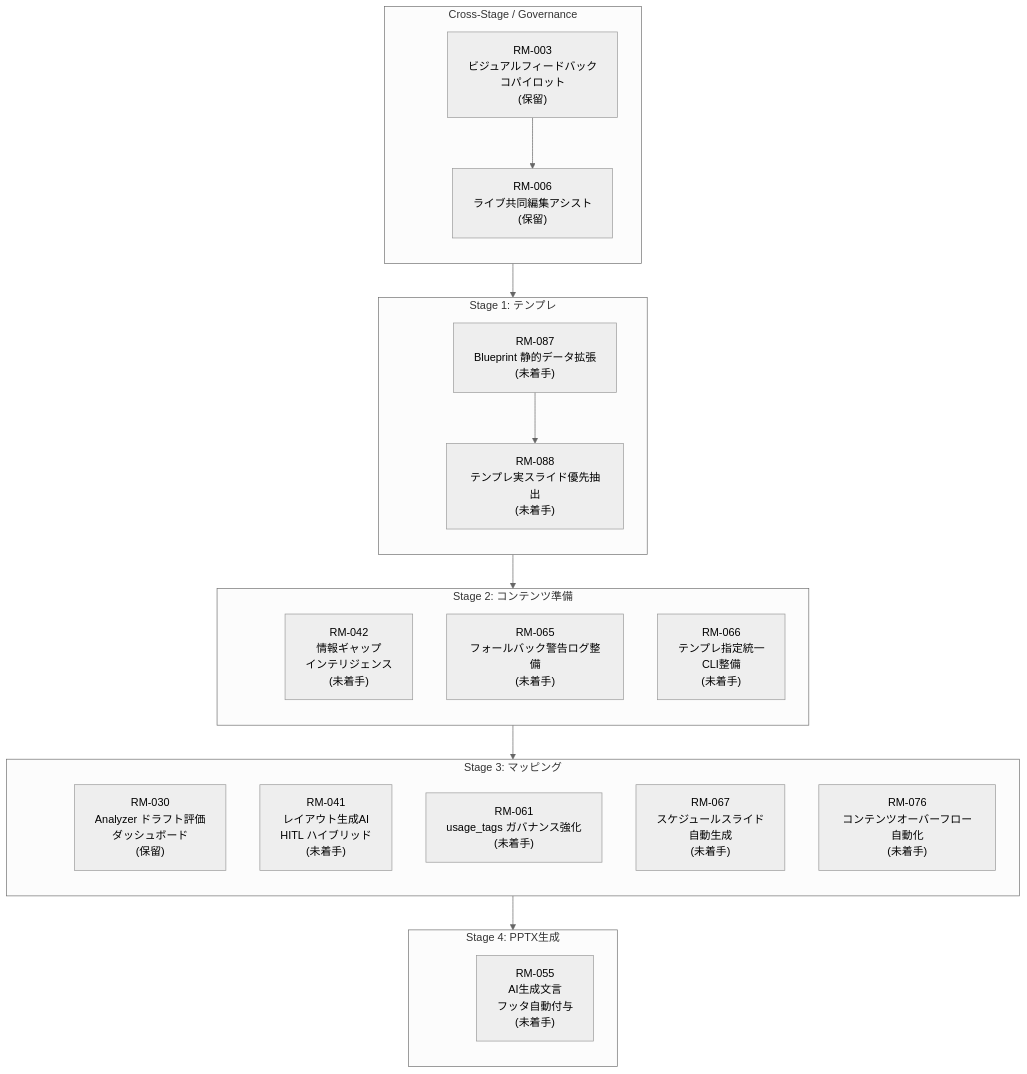
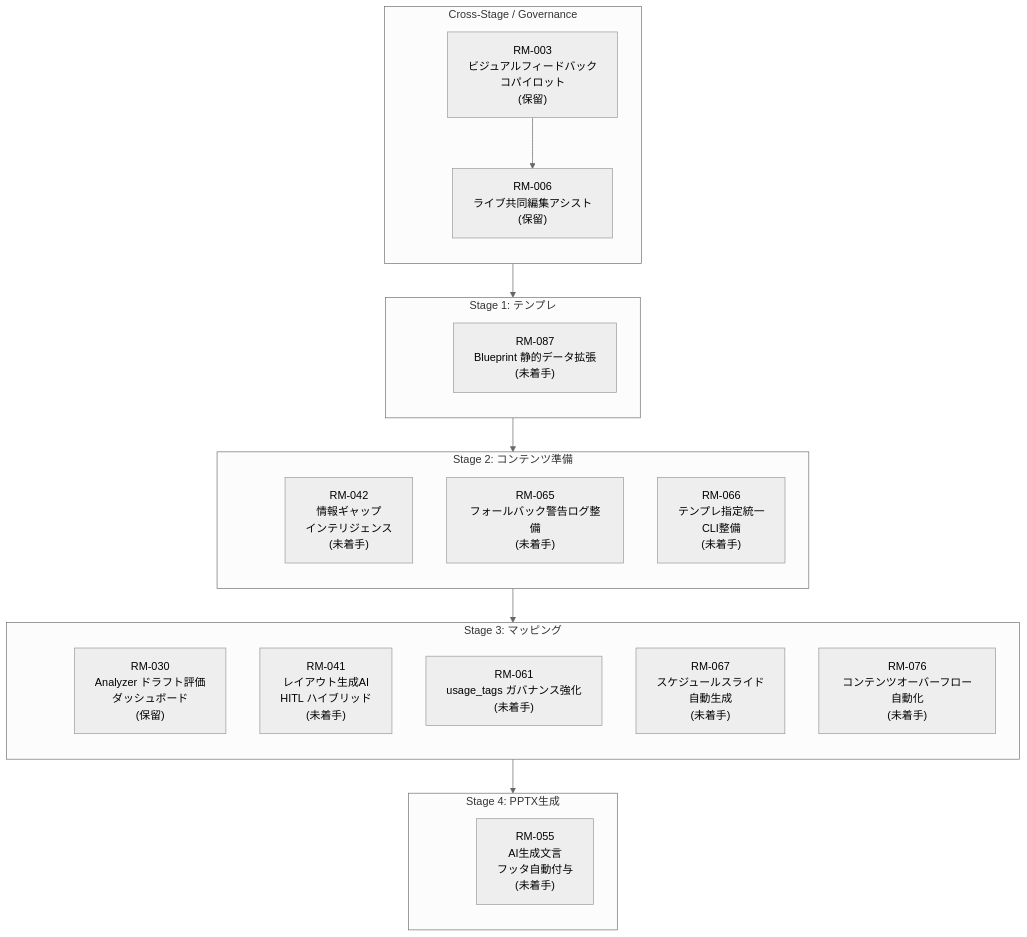
Before and after one commit to yurake/pptx_generator: the diagram in docs/roadmap/roadmap.md, drawn with Mermaid (neutral theme). The commit also changed other lines of this file and 2 other files, not shown here.

Commit message:
chore(todo): auto-complete PR #406

````diff
--- a/docs/roadmap/roadmap.md
+++ b/docs/roadmap/roadmap.md
@@ -25,51 +25,49 @@
 ```mermaid
 flowchart TB
     subgraph GOV["Cross-Stage / Governance"]
         direction TB
         GOV_ANCHOR(( ))
         RM003["RM-003<br/>ビジュアルフィードバック<br/>コパイロット<br/>(保留)"]
         RM006["RM-006<br/>ライブ共同編集アシスト<br/>(保留)"]
     end
 
     subgraph ST1["Stage 1: テンプレ"]
         direction TB
         ST1_ANCHOR(( ))
         RM087["RM-087<br/>Blueprint 静的データ拡張<br/>(未着手)"]
-        RM088["RM-088<br/>テンプレ実スライド優先抽出<br/>(未着手)"]
     end
 
     subgraph ST2["Stage 2: コンテンツ準備"]
         direction TB
         ST2_ANCHOR(( ))
         RM042["RM-042<br/>情報ギャップ<br/>インテリジェンス<br/>(未着手)"]
         RM065["RM-065<br/>フォールバック警告ログ整備<br/>(未着手)"]
         RM066["RM-066<br/>テンプレ指定統一<br/>CLI整備<br/>(未着手)"]
     end
 
     subgraph ST3["Stage 3: マッピング"]
         direction TB
         ST3_ANCHOR(( ))
         RM030["RM-030<br/>Analyzer ドラフト評価<br/>ダッシュボード<br/>(保留)"]
         RM041["RM-041<br/>レイアウト生成AI<br/>HITL ハイブリッド<br/>(未着手)"]
         RM061["RM-061<br/>usage_tags ガバナンス強化<br/>(未着手)"]
         RM067["RM-067<br/>スケジュールスライド<br/>自動生成<br/>(未着手)"]
         RM076["RM-076<br/>コンテンツオーバーフロー自動化<br/>(未着手)"]
     end
 
     subgraph ST4["Stage 4: PPTX生成"]
         direction TB
         ST4_ANCHOR(( ))
         RM055["RM-055<br/>AI生成文言<br/>フッタ自動付与<br/>(未着手)"]
     end
 
     style GOV_ANCHOR fill:transparent,stroke:transparent
     style ST1_ANCHOR fill:transparent,stroke:transparent
     style ST2_ANCHOR fill:transparent,stroke:transparent
     style ST3_ANCHOR fill:transparent,stroke:transparent
     style ST4_ANCHOR fill:transparent,stroke:transparent
 
     GOV_ANCHOR --> ST1_ANCHOR --> ST2_ANCHOR --> ST3_ANCHOR --> ST4_ANCHOR
 
     RM003 --> RM006
-    RM087 --> RM088
 ```
````
